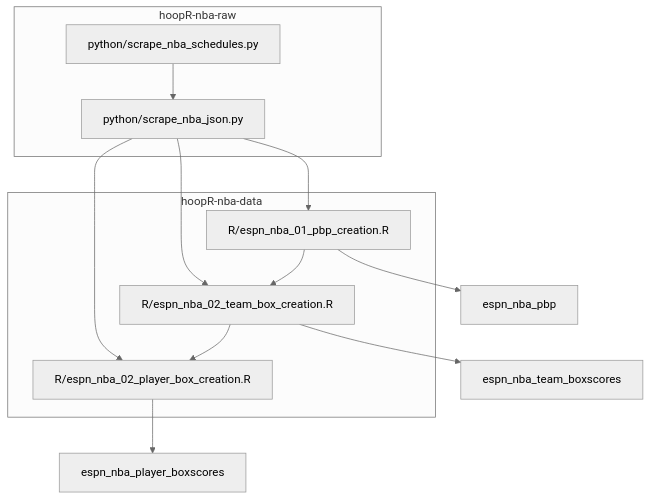
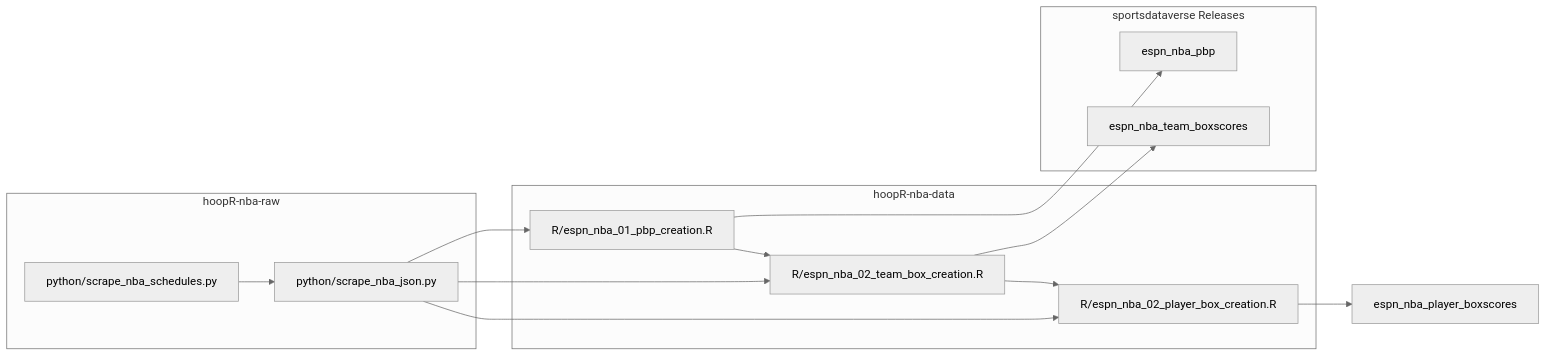
The second of 2 diagrams in README.md (sportsdataverse/hoopR-nba-raw), drawn with Mermaid (neutral theme) before and after one commit. The commit also changed other lines of this file, not shown here.

Commit message:
second diagram

````diff
--- a/README.md
+++ b/README.md
@@ -12,16 +12,21 @@
 ```mermaid
-  graph TB;
+  graph LR;
     a2-->b1[R/espn_nba_01_pbp_creation.R];
     a2-->b2[R/espn_nba_02_team_box_creation.R];
     a2-->b3[R/espn_nba_03_player_box_creation.R];
     b1[R/espn_nba_01_pbp_creation.R]-->C1[espn_nba_pbp];
     b2[R/espn_nba_02_team_box_creation.R]-->C2[espn_nba_team_boxscores];
     b3[R/espn_nba_03_player_box_creation.R]-->C3[espn_nba_player_boxscores];
     subgraph "hoopR-nba-raw";
     a1[python/scrape_nba_schedules.py]-->a2[python/scrape_nba_json.py]
     end;
     subgraph "hoopR-nba-data";
     b1[R/espn_nba_01_pbp_creation.R]-->b2[R/espn_nba_02_team_box_creation.R]
     b2[R/espn_nba_02_team_box_creation.R]-->b3[R/espn_nba_02_player_box_creation.R]
     end;
+    subgraph "sportsdataverse Releases";
+    C1[espn_nba_pbp]
+    C2[espn_nba_team_boxscores]
+    C2[espn_nba_team_boxscores]
+    end;
 ```
````
